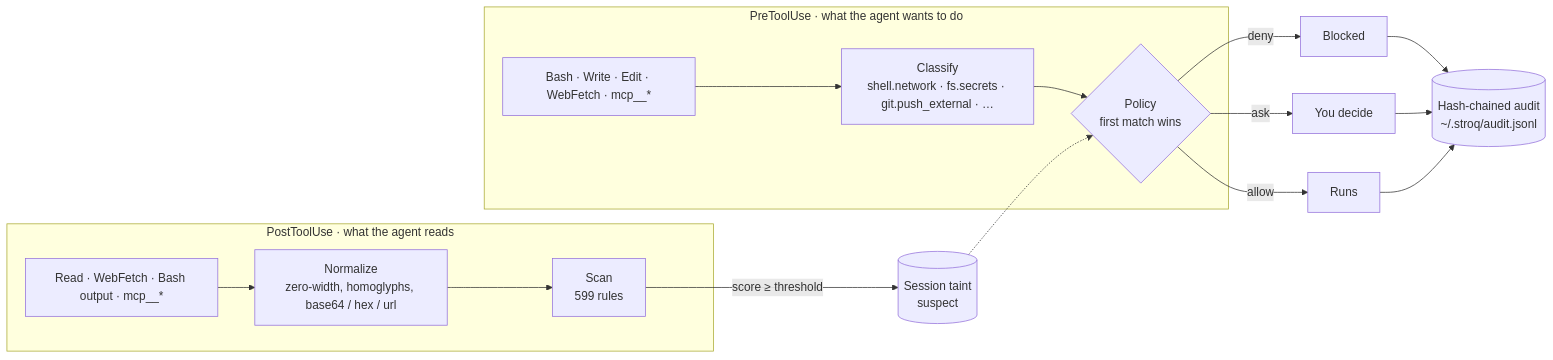
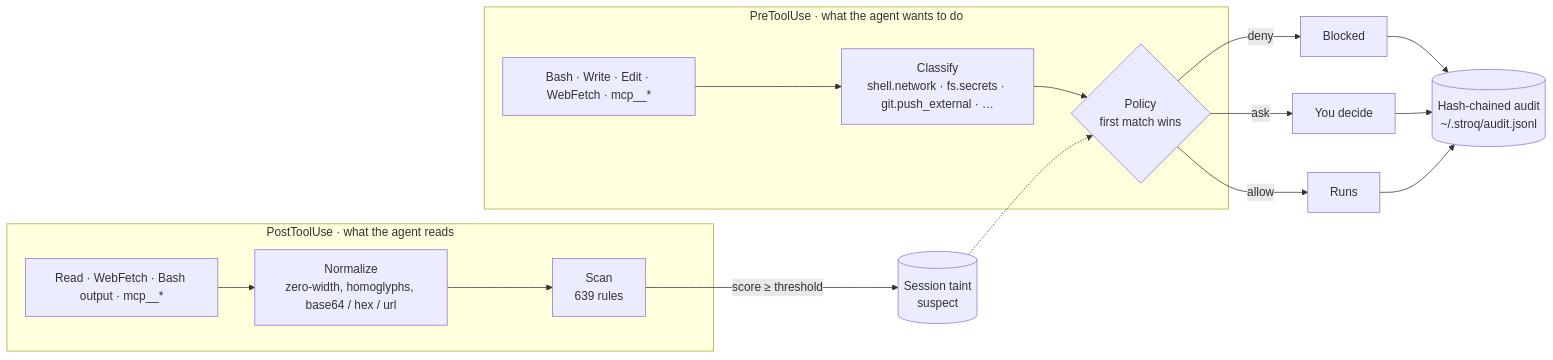
One commit to AGGIB/Stroq changed the diagram in README.md. Above: the diagram before and after it, drawn with Mermaid. The commit also changed other lines of this file, not shown here.

````diff
--- a/README.md
+++ b/README.md
@@ -147,17 +147,17 @@
 ```mermaid
 flowchart LR
     subgraph read [" PostToolUse · what the agent reads "]
         R[Read · WebFetch · Bash output · mcp__*] --> N[Normalize<br/>zero-width, homoglyphs, base64 / hex / url]
-        N --> S[Scan<br/>599 rules]
+        N --> S[Scan<br/>639 rules]
     end
     S -- "score ≥ threshold" --> T[(Session taint<br/>suspect)]
     subgraph act [" PreToolUse · what the agent wants to do "]
         A[Bash · Write · Edit · WebFetch · mcp__*] --> C[Classify<br/>shell.network · fs.secrets · git.push_external · …]
         C --> P{Policy<br/>first match wins}
     end
     T -.-> P
     P -- deny --> D[Blocked]
     P -- ask --> K[You decide]
     P -- allow --> G[Runs]
     D & K & G --> L[(Hash-chained audit<br/>~/.stroq/audit.jsonl)]
 ```
````
